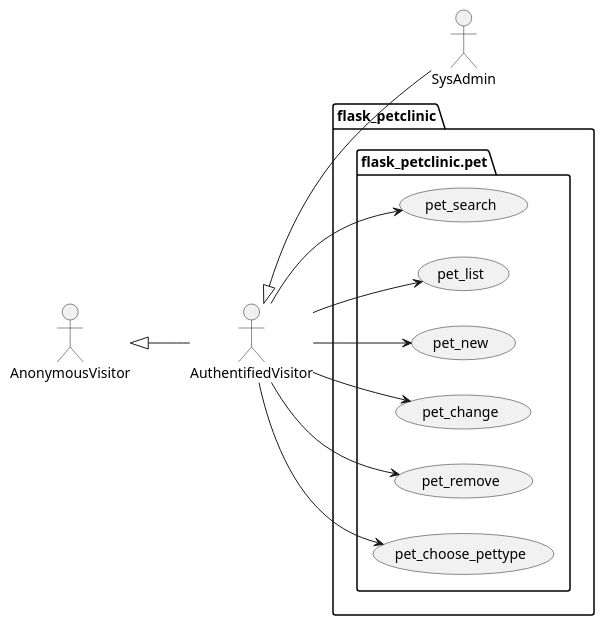
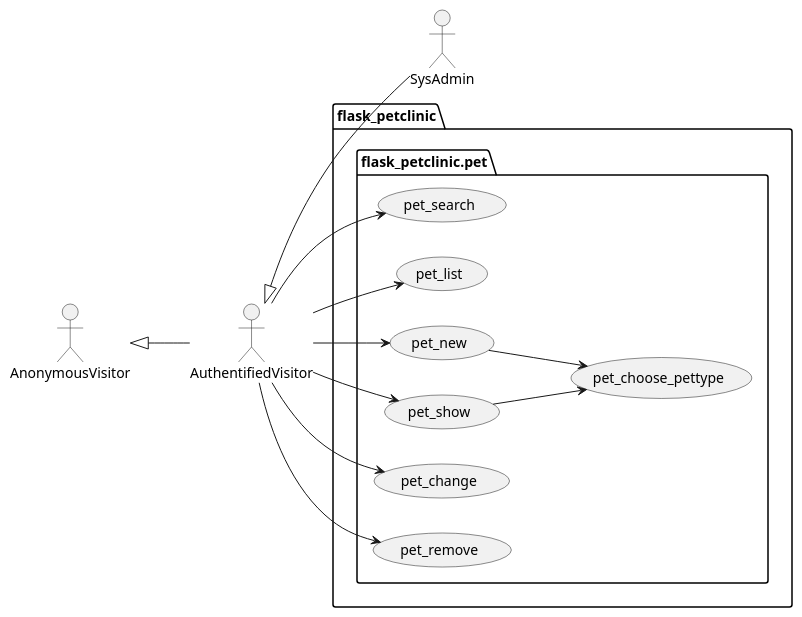
One commit to Jakarta-EE-Petclinic/petclinic_flask changed the diagram in project/petclinic_model/pet.puml. Above: the diagram before and after it, drawn with PlantUML. The commit also changed 12 other files, not shown here.

```diff
--- a/project/petclinic_model/pet.puml
+++ b/project/petclinic_model/pet.puml
@@ -1,29 +1,33 @@
 @startuml
 left to right direction
 
 actor AnonymousVisitor as av
 actor AuthentifiedVisitor as au
 actor SysAdmin as sa
 
 av <|-- au
 au <|-- sa
 
 package flask_petclinic {
 
     package flask_petclinic.pet {
         usecase pet_search as uc5000
         usecase pet_list as uc5001
         usecase pet_new as uc5002
-        usecase pet_change as uc5003
-        usecase pet_remove as uc5004
-        usecase pet_choose_pettype as uc5005
+        usecase pet_show as uc5003
+        usecase pet_change as uc5004
+        usecase pet_remove as uc5005
+        usecase pet_choose_pettype as uc5006
 
         au --> uc5000
         au --> uc5001
         au --> uc5002
         au --> uc5003
         au --> uc5004
         au --> uc5005
+
+        uc5002 --> uc5006
+        uc5003 --> uc5006
     }
 }
 @enduml
```
